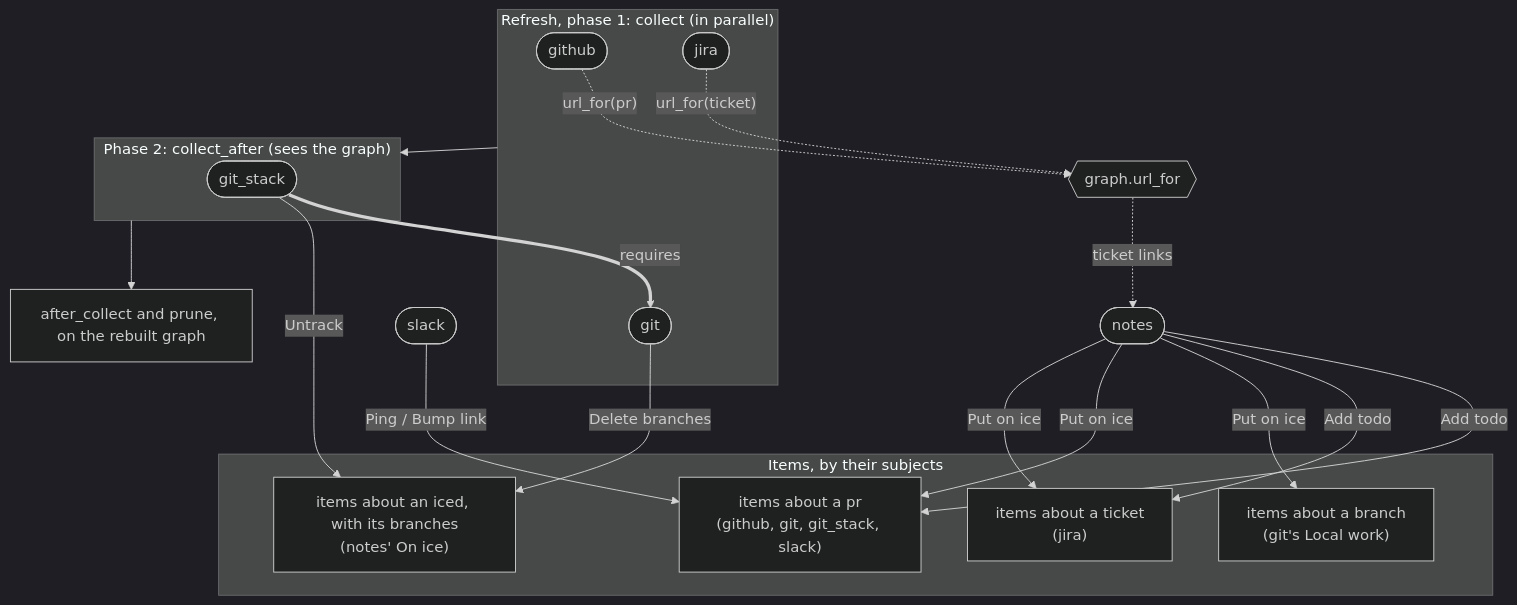
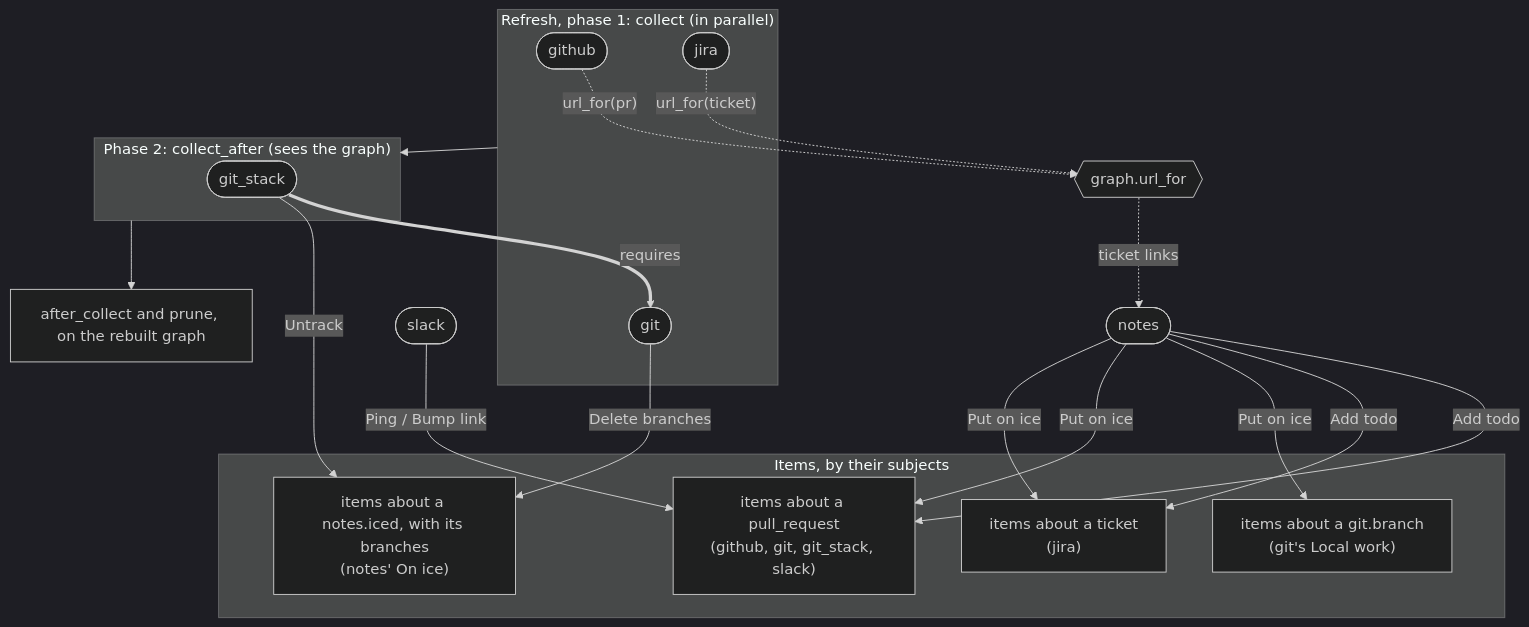
Before and after one commit to benekastah/move-forward: the second of 2 diagrams in docs/plugins.md, drawn with Mermaid (dark theme). The commit also changed other lines of this file and 73 other files, not shown here.

First line of the commit message:
Name each plugin's kinds for it, and spell out the pull_request family

````diff
--- a/docs/plugins.md
+++ b/docs/plugins.md
@@ -67,34 +67,34 @@
 ```mermaid
 flowchart TB
     subgraph Phase1["Refresh, phase 1: collect (in parallel)"]
         github([github])
         git([git])
         jira([jira])
     end
     subgraph Phase2["Phase 2: collect_after (sees the graph)"]
         git_stack([git_stack])
     end
     Phase1 --> Phase2
     Phase2 --> after["after_collect and prune, on the rebuilt graph"]
 
     git_stack == "requires" ==> git
 
     subgraph Items["Items, by their subjects"]
-        prItems["items about a pr<br/>(github, git, git_stack, slack)"]
+        prItems["items about a pull_request<br/>(github, git, git_stack, slack)"]
         ticketItems["items about a ticket<br/>(jira)"]
-        branchItems["items about a branch<br/>(git's Local work)"]
-        icedItems["items about an iced, with its branches<br/>(notes' On ice)"]
+        branchItems["items about a git.branch<br/>(git's Local work)"]
+        icedItems["items about a notes.iced, with its branches<br/>(notes' On ice)"]
     end
     slack([slack]) -- "Ping / Bump link" --> prItems
     notes([notes]) -- "Add todo" --> prItems
     notes -- "Add todo" --> ticketItems
     notes -- "Put on ice" --> branchItems
     notes -- "Put on ice" --> prItems
     notes -- "Put on ice" --> ticketItems
     git -- "Delete branches" --> icedItems
     git_stack -- "Untrack" --> icedItems
 
     github -. "url_for(pr)" .-> urls{{graph.url_for}}
     jira -. "url_for(ticket)" .-> urls
     urls -. "ticket links" .-> notes
 ```
````
